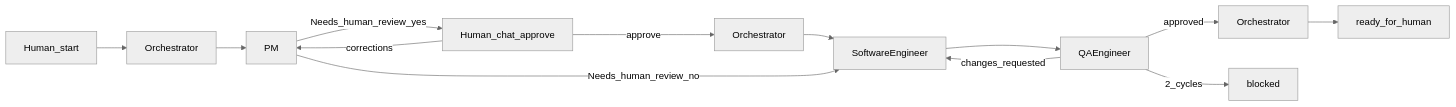
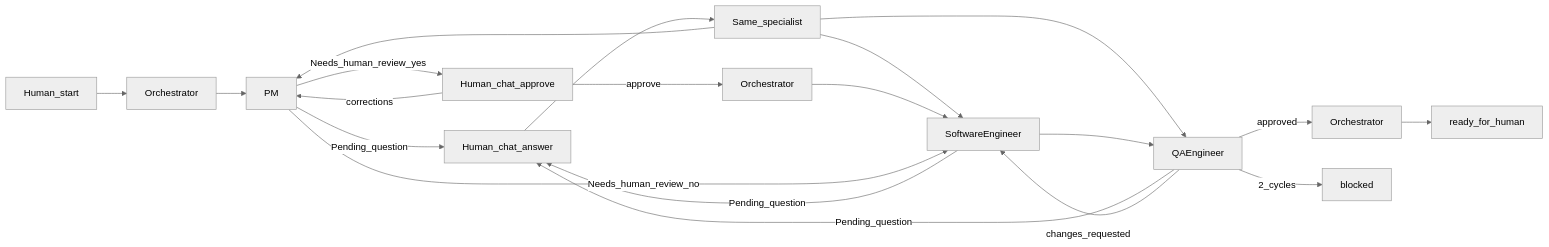
The diagram in _docs/process.md (GustavoRusso/chore-master), drawn with Mermaid (neutral theme) before and after one commit. The commit also changed other lines of this file and 6 other files, not shown here.

Commit message:
Enhanced the grooming process by introducing a 'Human clarification' section, detailing how specialists should handle open decisions and pending questions

````diff
--- a/_docs/process.md
+++ b/_docs/process.md
@@ -46,15 +79,22 @@
 ```mermaid
 flowchart LR
   human[Human_start] --> orch[Orchestrator]
   orch --> pm[PM]
+  pm -->|Pending_question| clarify[Human_chat_answer]
+  clarify --> sameRole[Same_specialist]
+  sameRole --> pm
+  sameRole --> dev
+  sameRole --> rev
   pm -->|Needs_human_review_yes| humanGate[Human_chat_approve]
   humanGate -->|approve| orchResume[Orchestrator]
   humanGate -->|corrections| pm
   orchResume --> dev[SoftwareEngineer]
   pm -->|Needs_human_review_no| dev
+  dev -->|Pending_question| clarify
   dev --> rev[QAEngineer]
+  rev -->|Pending_question| clarify
   rev -->|approved| orch2[Orchestrator]
   orch2 --> ready[ready_for_human]
   rev -->|changes_requested| dev
   rev -->|2_cycles| blocked[blocked]
 ```
````
